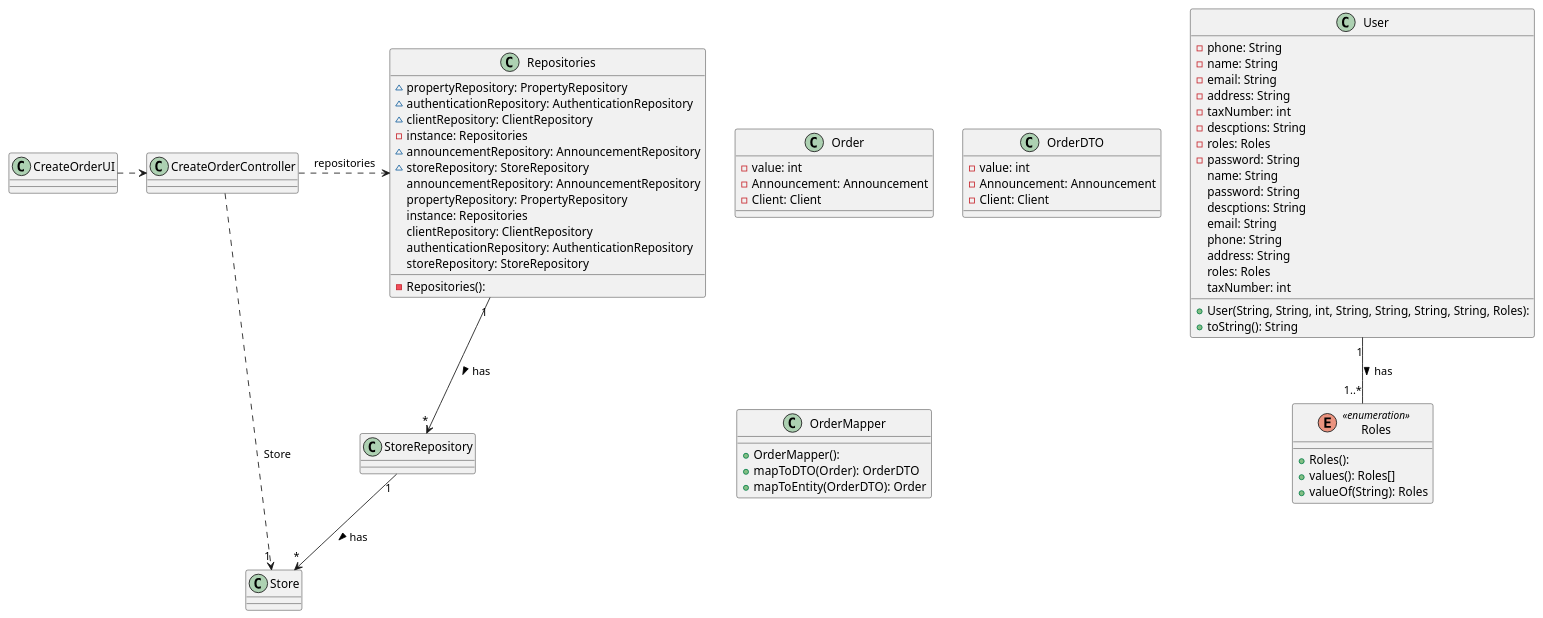
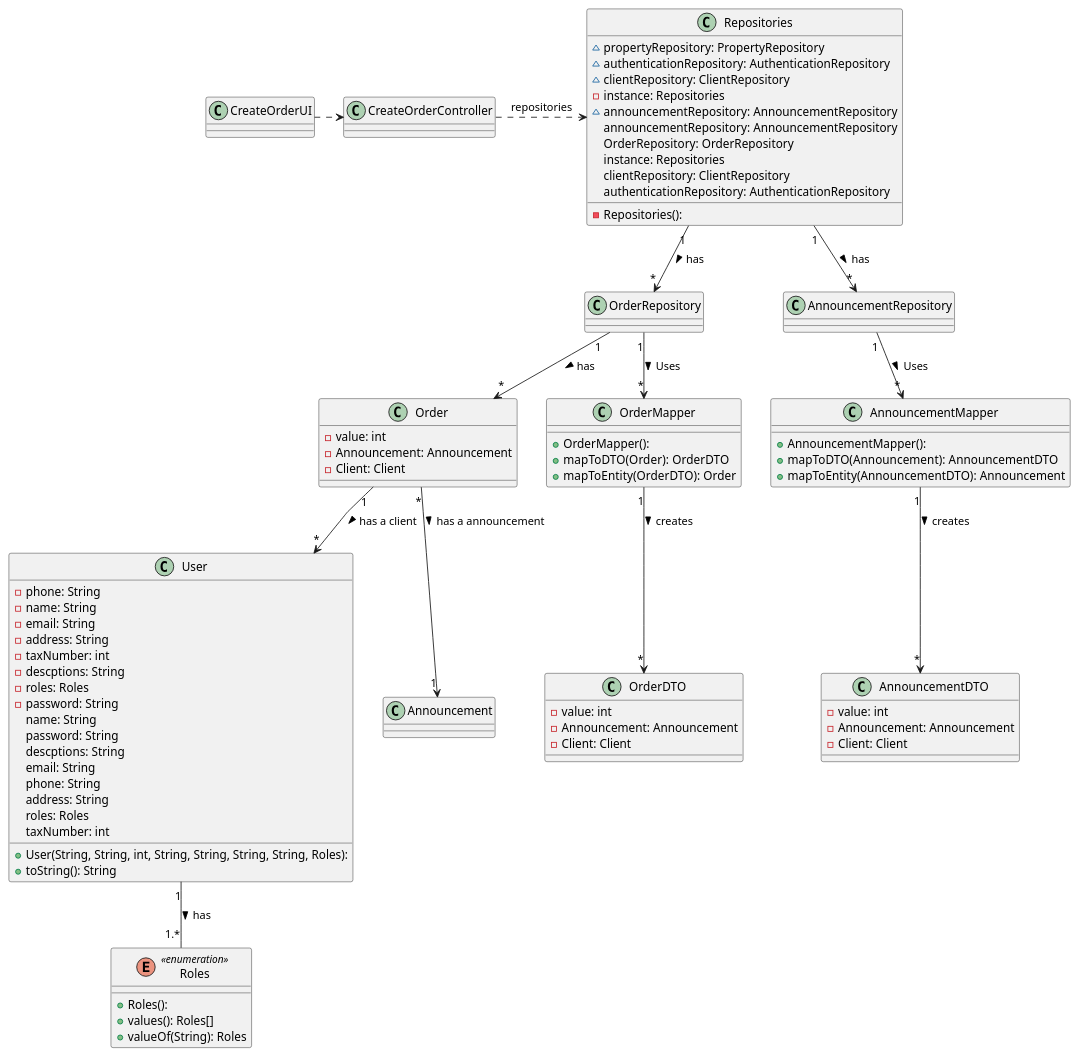
One commit to hugosilva2901/lei-22-s2-1DO-g68 changed the diagram in lei-22-s2-1do-g68/docs/SprintC/us010/03.design/puml/us010-class-diagram.puml. Above: the diagram before and after it, drawn with PlantUML.

Commit message:
update class digram us 10

```diff
--- a/lei-22-s2-1do-g68/docs/SprintC/us010/03.design/puml/us010-class-diagram.puml
+++ b/lei-22-s2-1do-g68/docs/SprintC/us010/03.design/puml/us010-class-diagram.puml
@@ -1,82 +1,102 @@
 @startuml
 'skinparam monochrome true
 skinparam packageStyle rectangle
 skinparam shadowing false
 skinparam linetype polyline
 'skinparam linetype orto
 
 skinparam classAttributeIconSize "2"
 'left to right direction
 class Repositories {
   - Repositories():
   ~ propertyRepository: PropertyRepository
   ~ authenticationRepository: AuthenticationRepository
   ~ clientRepository: ClientRepository
   - instance: Repositories
   ~ announcementRepository: AnnouncementRepository
-  ~ storeRepository: StoreRepository
    announcementRepository: AnnouncementRepository
-   propertyRepository: PropertyRepository
+   OrderRepository: OrderRepository
    instance: Repositories
    clientRepository: ClientRepository
    authenticationRepository: AuthenticationRepository
-   storeRepository: StoreRepository
 }
 
 
 class User {
   + User(String, String, int, String, String, String, String, Roles):
   - phone: String
   - name: String
   - email: String
   - address: String
   - taxNumber: int
   - descptions: String
   - roles: Roles
   - password: String
   + toString(): String
    name: String
    password: String
    descptions: String
    email: String
    phone: String
    address: String
    roles: Roles
    taxNumber: int
 }
 enum Roles << enumeration >> {
   + Roles():
   + values(): Roles[]
   + valueOf(String): Roles
 }
 
 class CreateOrderUI{
 }
 class CreateOrderController{
 }
-
+class OrderRepository{
+}
 class Order{
     - value: int
     -Announcement: Announcement
     -Client: Client
 }
 class OrderDTO{
     - value: int
     -Announcement: Announcement
     -Client: Client
 }
 
 class OrderMapper{
     +OrderMapper():
     +mapToDTO(Order): OrderDTO
     +mapToEntity(OrderDTO): Order
 }
+class AnnouncementRepository{
+}
+class AnnouncementDTO{
+    - value: int
+    -Announcement: Announcement
+    -Client: Client
+}
+class AnnouncementMapper{
+    +AnnouncementMapper():
+    +mapToDTO(Announcement): AnnouncementDTO
+    +mapToEntity(AnnouncementDTO): Announcement
+}
 
-User "1"--"1..*" Roles : has >
+User "1"--"1.*" Roles : has >
 CreateOrderController .> Repositories : repositories
 CreateOrderUI .> CreateOrderController
-CreateOrderController ..> "1" Store : Store
-Repositories "1" --> "*" StoreRepository : has >
-StoreRepository "1" --> "*" Store : has >
+
+Repositories "1" --> "*" OrderRepository : has >
+Repositories "1" --> "*" AnnouncementRepository : has >
+OrderRepository "1" --> "*" OrderMapper : Uses >
+OrderMapper "1" --> "*" OrderDTO : creates >
+AnnouncementRepository "1" --> "*" AnnouncementMapper : Uses >
+AnnouncementMapper "1" --> "*" AnnouncementDTO : creates >
+OrderRepository "1" --> "*" Order : has >
+Order "1" --> "*" User : has a client >
+Order "*" --> "1" Announcement : has a announcement >
+
+
 
 @enduml
```
